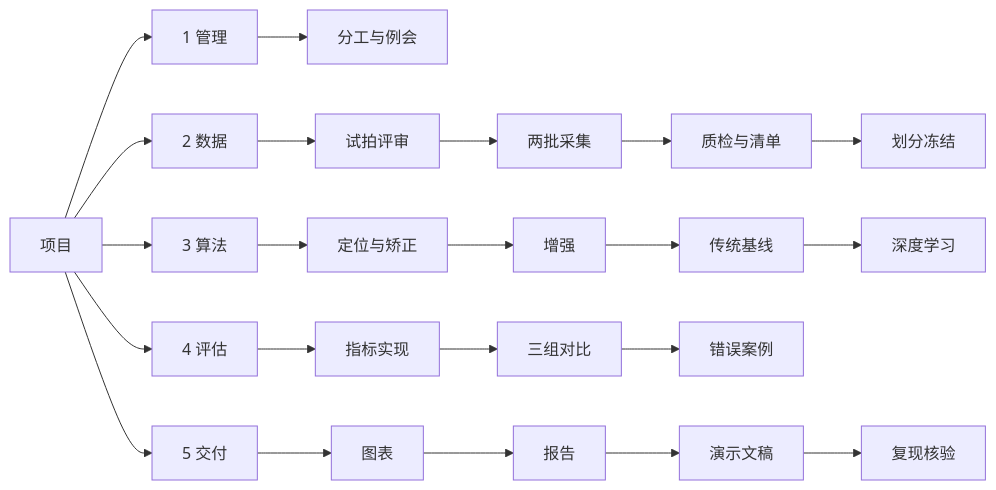
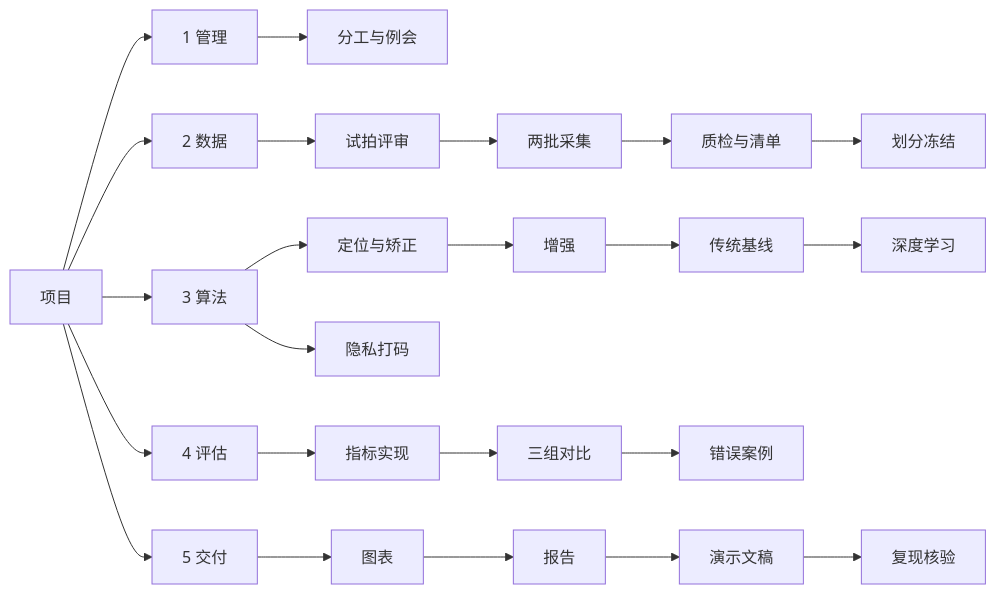
The diagram in docs/05-项目计划与分工.md (LosproeOcl/wut-ml-task06-doc-normalizer), drawn with Mermaid before and after one commit. The commit also changed other lines of this file and 21 other files, not shown here.

````diff
--- a/docs/05-项目计划与分工.md
+++ b/docs/05-项目计划与分工.md
@@ -24,13 +24,14 @@
 ```mermaid
 flowchart LR
     P[项目] --> A[1 管理]
     P --> B[2 数据]
     P --> C[3 算法]
     P --> D[4 评估]
     P --> E[5 交付]
     A --> A1[分工与例会]
     B --> B1[试拍评审] --> B2[两批采集] --> B3[质检与清单] --> B4[划分冻结]
     C --> C1[定位与矫正] --> C2[增强] --> C3[传统基线] --> C4[深度学习]
+    C --> C5[隐私打码]
     D --> D1[指标实现] --> D2[三组对比] --> D3[错误案例]
     E --> E1[图表] --> E2[报告] --> E3[演示文稿] --> E4[复现核验]
 ```
````
